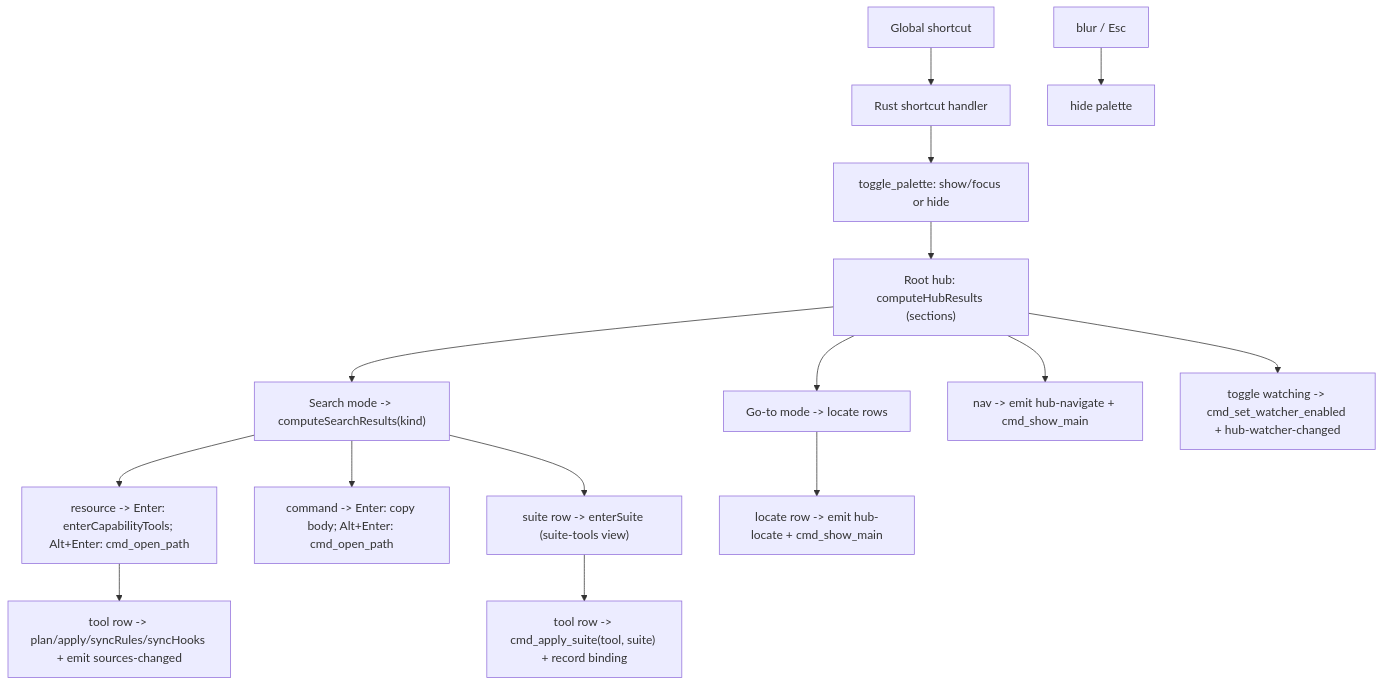
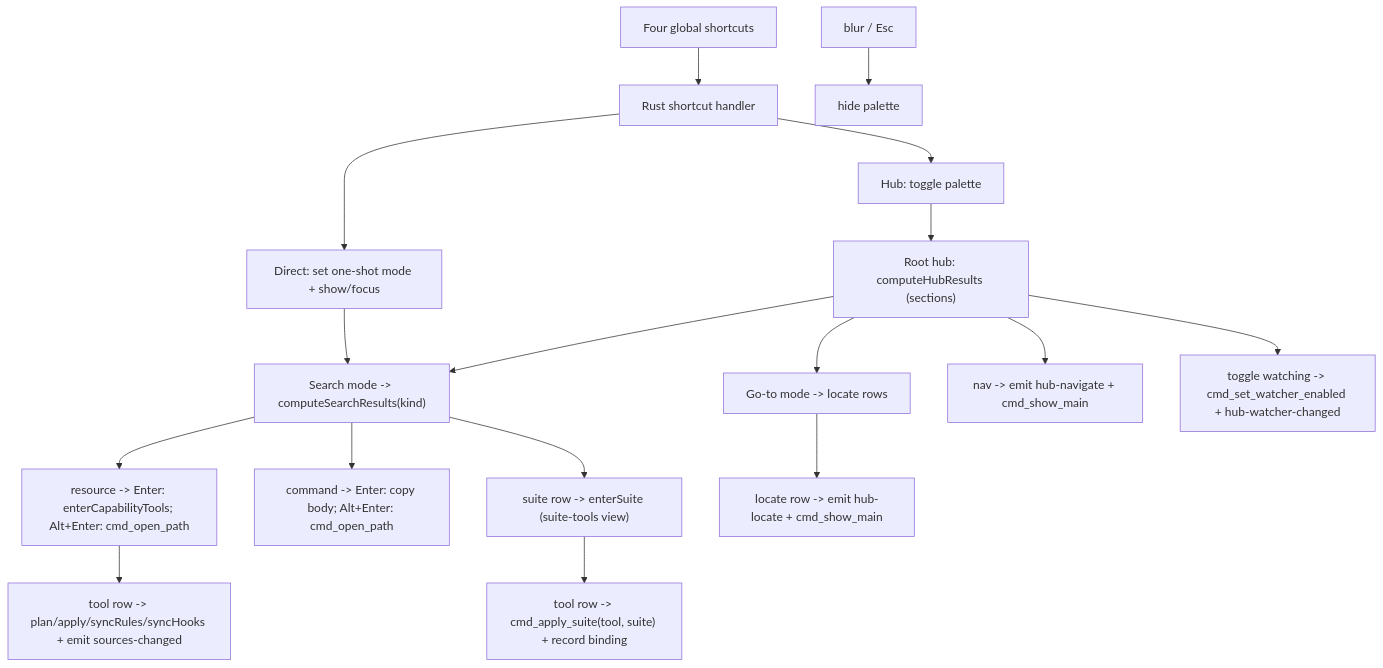
One commit to elaboration-studio/agentic-hub changed the diagram in docs/features/command-palette.md. Above: the diagram before and after it, drawn with Mermaid. The commit also changed other lines of this file and 109 other files, not shown here.

````diff
--- a/docs/features/command-palette.md
+++ b/docs/features/command-palette.md
@@ -104,17 +105,19 @@
 ```mermaid
 flowchart TD
-  shortcut["Global shortcut"] --> handler["Rust shortcut handler"]
-  handler --> toggle["toggle_palette: show/focus or hide"]
+  shortcut["Four global shortcuts"] --> handler["Rust shortcut handler"]
+  handler --> toggle["Hub: toggle palette"]
+  handler --> direct["Direct: set one-shot mode + show/focus"]
+  direct --> searchMode
   toggle --> hub["Root hub: computeHubResults (sections)"]
   hub --> searchMode["Search mode -> computeSearchResults(kind)"]
   hub --> gotoMode["Go-to mode -> locate rows"]
   hub --> nav["nav -> emit hub-navigate + cmd_show_main"]
   hub --> watch["toggle watching -> cmd_set_watcher_enabled + hub-watcher-changed"]
   searchMode --> resource["resource -> Enter: enterCapabilityTools; Alt+Enter: cmd_open_path"]
   searchMode --> command["command -> Enter: copy body; Alt+Enter: cmd_open_path"]
   searchMode --> suite["suite row -> enterSuite (suite-tools view)"]
   resource --> captool["tool row -> plan/apply/syncRules/syncHooks + emit sources-changed"]
   gotoMode --> locateRow["locate row -> emit hub-locate + cmd_show_main"]
   suite --> applyRow["tool row -> cmd_apply_suite(tool, suite) + record binding"]
   blur["blur / Esc"] --> hide["hide palette"]
 ```
````
